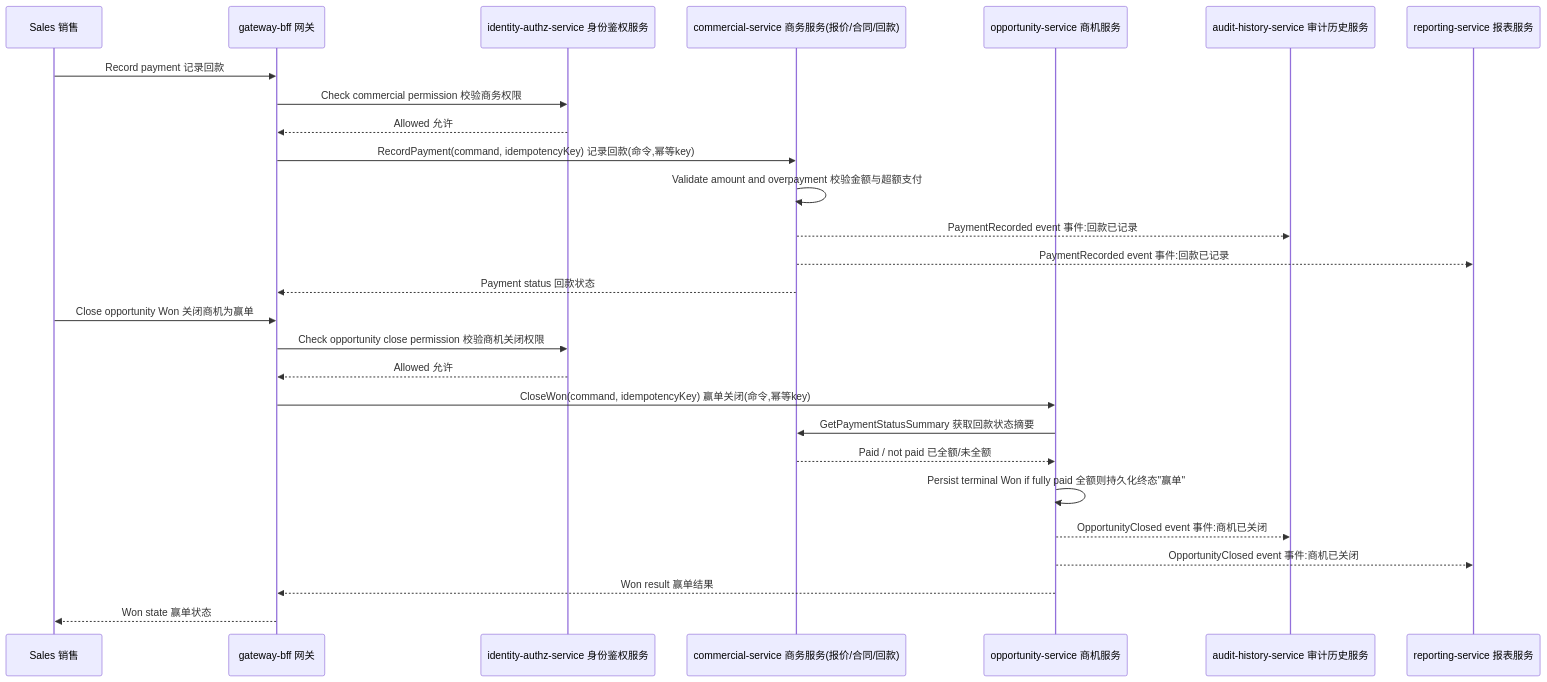
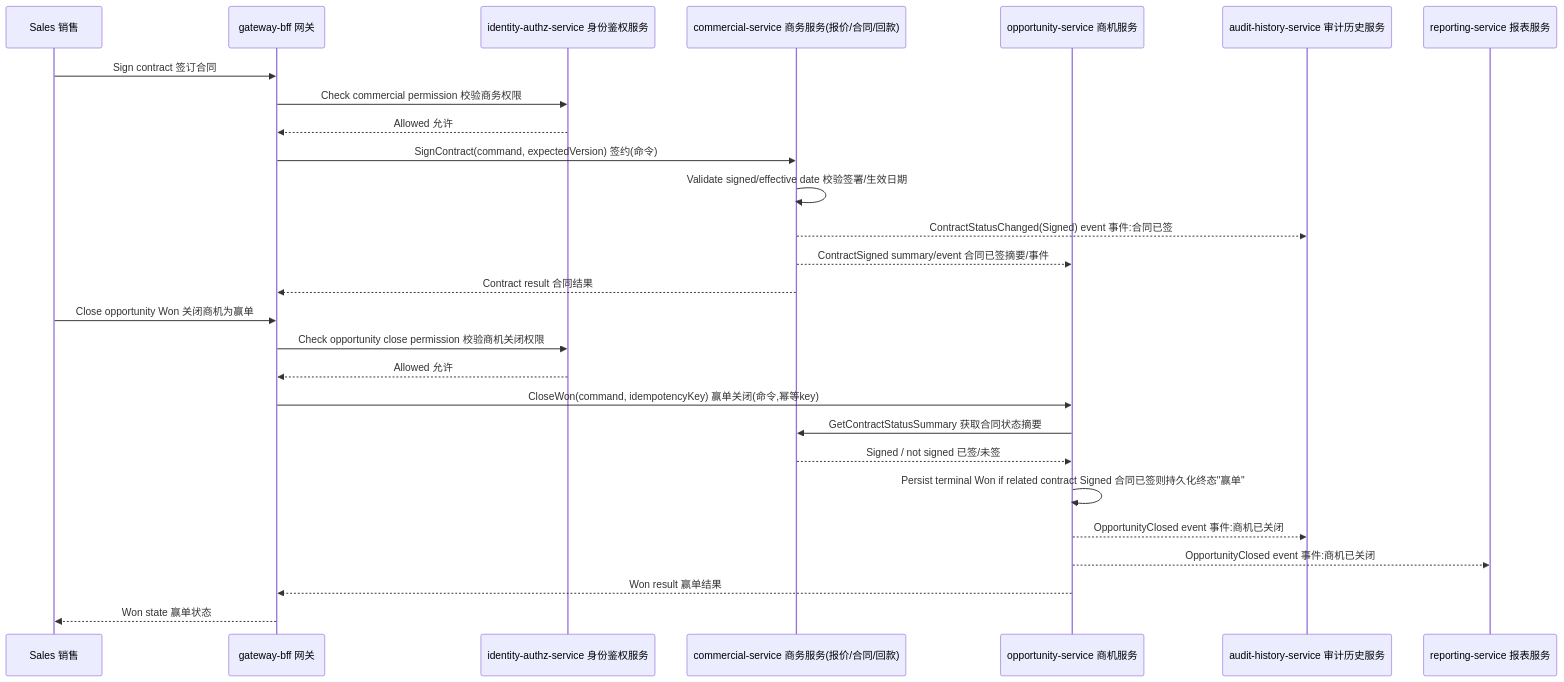
Before and after one commit to Neil996777/crm-system: the sixth of 14 diagrams in docs/architecture/architecture.md, drawn with Mermaid. The commit also changed other lines of this file and 38 other files, not shown here.

````diff
--- a/docs/architecture/architecture.md
+++ b/docs/architecture/architecture.md
@@ -311,31 +314,31 @@
 ```mermaid
 sequenceDiagram
   participant U as Sales 销售
   participant G as gateway-bff 网关
   participant P as identity-authz-service 身份鉴权服务
   participant C as commercial-service 商务服务(报价/合同/回款)
   participant O as opportunity-service 商机服务
   participant H as audit-history-service 审计历史服务
   participant R as reporting-service 报表服务
 
-  U->>G: Record payment 记录回款
+  U->>G: Sign contract 签订合同
   G->>P: Check commercial permission 校验商务权限
   P-->>G: Allowed 允许
-  G->>C: RecordPayment(command, idempotencyKey) 记录回款(命令,幂等key)
-  C->>C: Validate amount and overpayment 校验金额与超额支付
-  C-->>H: PaymentRecorded event 事件:回款已记录
-  C-->>R: PaymentRecorded event 事件:回款已记录
-  C-->>G: Payment status 回款状态
+  G->>C: SignContract(command, expectedVersion) 签约(命令)
+  C->>C: Validate signed/effective date 校验签署/生效日期
+  C-->>H: ContractStatusChanged(Signed) event 事件:合同已签
+  C-->>O: ContractSigned summary/event 合同已签摘要/事件
+  C-->>G: Contract result 合同结果
 
   U->>G: Close opportunity Won 关闭商机为赢单
   G->>P: Check opportunity close permission 校验商机关闭权限
   P-->>G: Allowed 允许
   G->>O: CloseWon(command, idempotencyKey) 赢单关闭(命令,幂等key)
-  O->>C: GetPaymentStatusSummary 获取回款状态摘要
-  C-->>O: Paid / not paid 已全额/未全额
-  O->>O: Persist terminal Won if fully paid 全额则持久化终态"赢单"
+  O->>C: GetContractStatusSummary 获取合同状态摘要
+  C-->>O: Signed / not signed 已签/未签
+  O->>O: Persist terminal Won if related contract Signed 合同已签则持久化终态"赢单"
   O-->>H: OpportunityClosed event 事件:商机已关闭
   O-->>R: OpportunityClosed event 事件:商机已关闭
   O-->>G: Won result 赢单结果
   G-->>U: Won state 赢单状态
 ```
````
